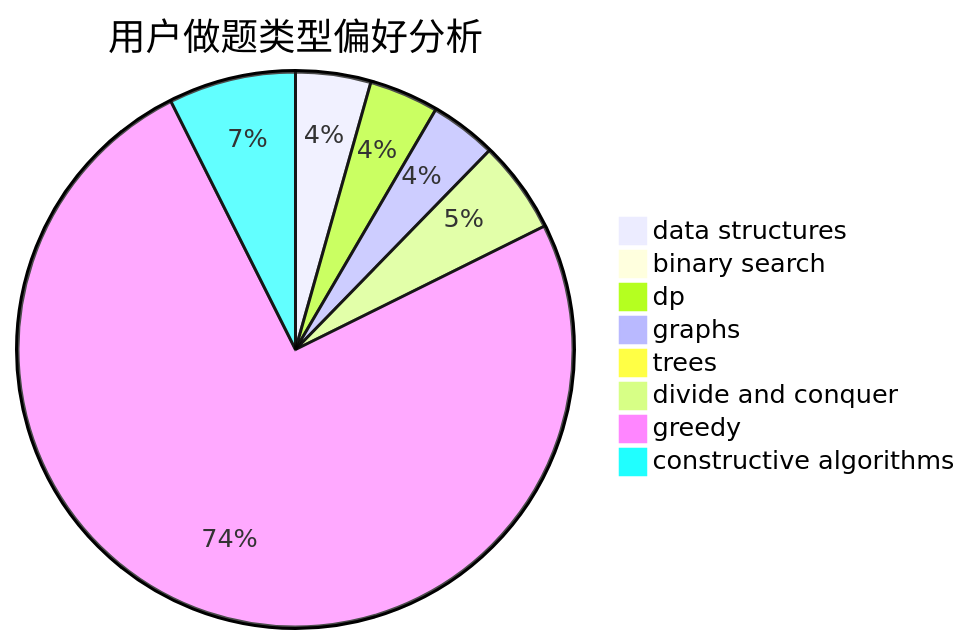
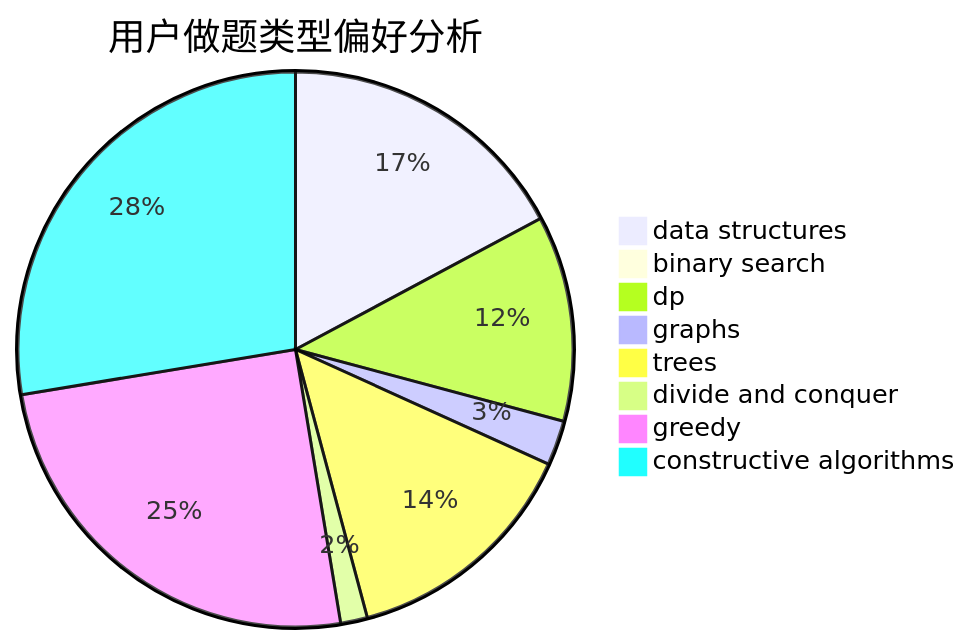
Before and after one commit to sherpahu/cfrs.github.io: the second of 3 diagrams in docs/user/u1396.md, drawn with Mermaid. The commit also changed other lines of this file and 2770 other files, not shown here.

````diff
--- a/docs/user/u1396.md
+++ b/docs/user/u1396.md
@@ -23,11 +23,11 @@
 ```mermaid
 pie title 用户做题类型偏好分析
-    "data structures" :  26
-    "binary search" :  1
-    "dp" :  24
-    "graphs" :  23
-    "trees" :  5
-    "divide and conquer" :  32
-    "greedy" :  445
-    "constructive algorithms" :  44
+    "data structures" :  33
+    "binary search" :  0
+    "dp" :  23
+    "graphs" :  5
+    "trees" :  27
+    "divide and conquer" :  3
+    "greedy" :  48
+    "constructive algorithms" :  53
 ```
````
